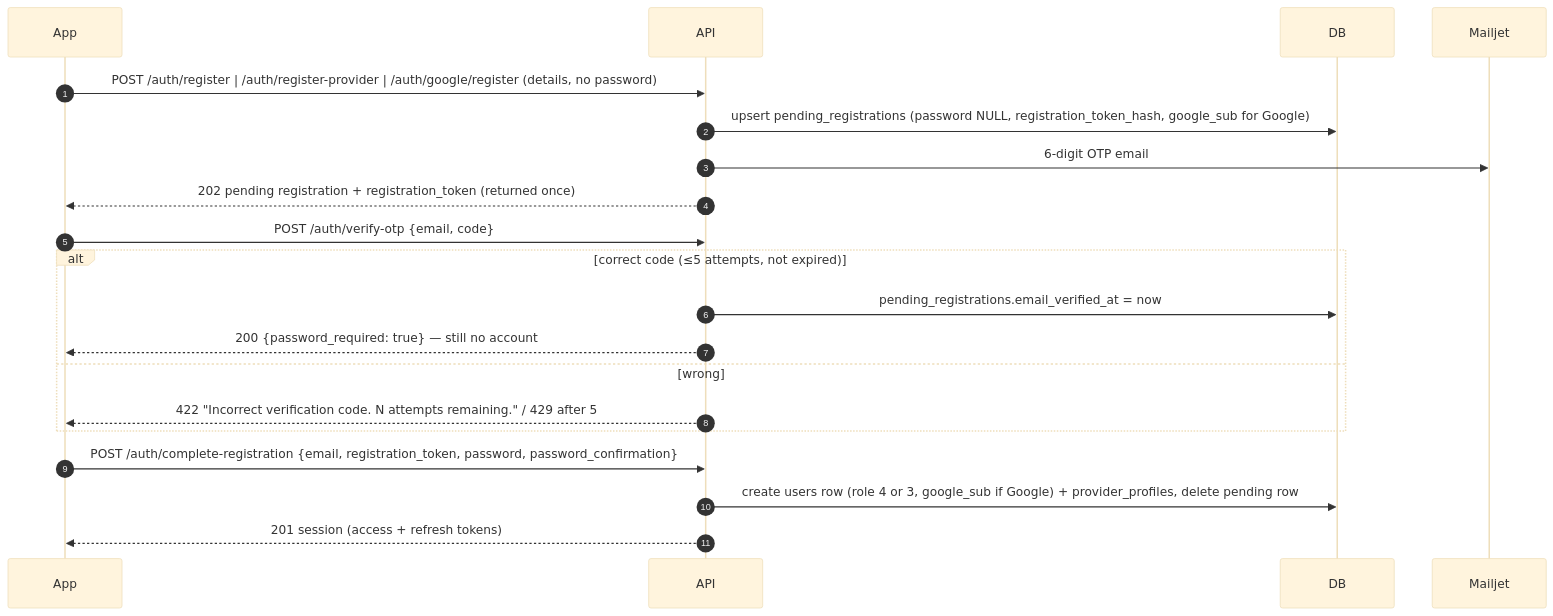
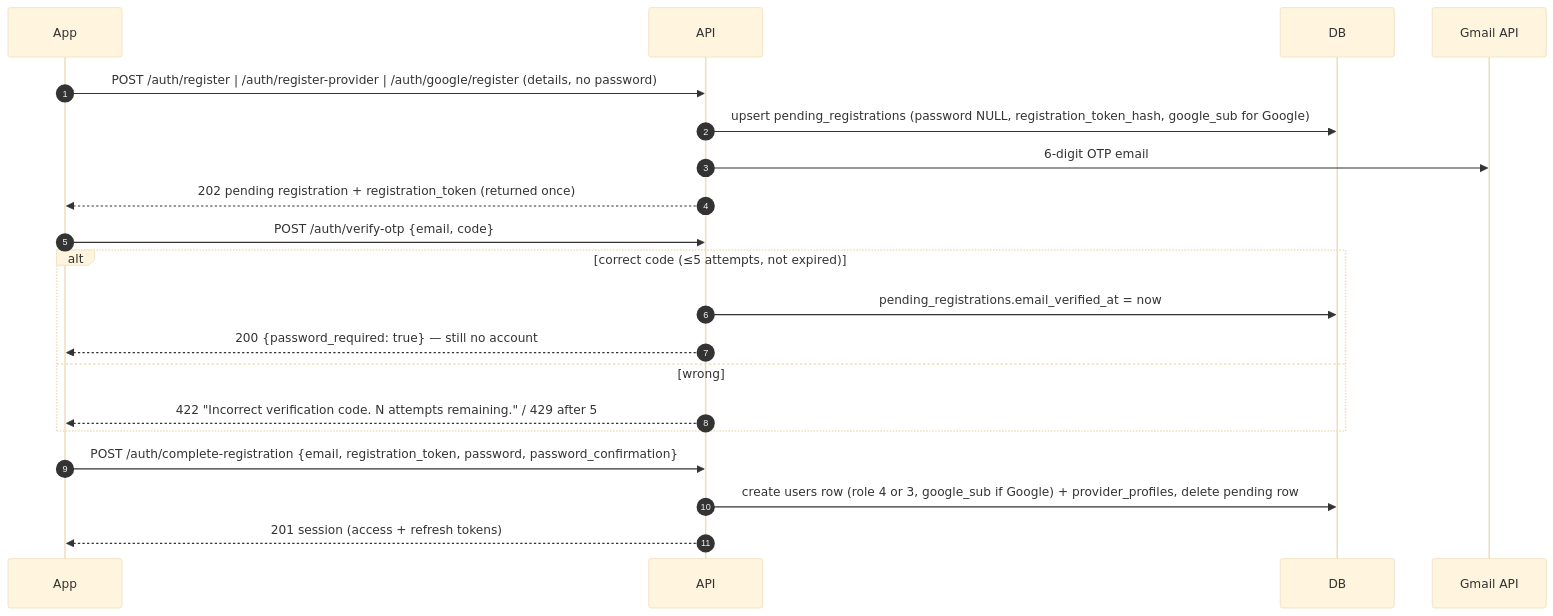
One commit to EarlCao/skillserve-web-root changed the diagram in SkillServe-Vault/02 - Domain & Business Logic/Registration and OTP Flow.md. Above: the diagram before and after it, drawn with Mermaid (base theme). The commit also changed other lines of this file and 11 other files, not shown here.

Commit message:
docs: Gmail API setup for the codes and email

````diff
--- a/SkillServe-Vault/02 - Domain & Business Logic/Registration and OTP Flow.md
+++ b/SkillServe-Vault/02 - Domain & Business Logic/Registration and OTP Flow.md
@@ -21,22 +23,22 @@
 ```mermaid
 sequenceDiagram
   autonumber
   participant App
   participant API
   participant DB
-  participant Mail as Mailjet
+  participant Mail as Gmail API
   App->>API: POST /auth/register | /auth/register-provider | /auth/google/register (details, no password)
   API->>DB: upsert pending_registrations (password NULL, registration_token_hash, google_sub for Google)
   API->>Mail: 6-digit OTP email
   API-->>App: 202 pending registration + registration_token (returned once)
   App->>API: POST /auth/verify-otp {email, code}
   alt correct code (≤5 attempts, not expired)
     API->>DB: pending_registrations.email_verified_at = now
     API-->>App: 200 {password_required: true} — still no account
   else wrong
     API-->>App: 422 "Incorrect verification code. N attempts remaining." / 429 after 5
   end
   App->>API: POST /auth/complete-registration {email, registration_token, password, password_confirmation}
   API->>DB: create users row (role 4 or 3, google_sub if Google) + provider_profiles, delete pending row
   API-->>App: 201 session (access + refresh tokens)
 ```
````
